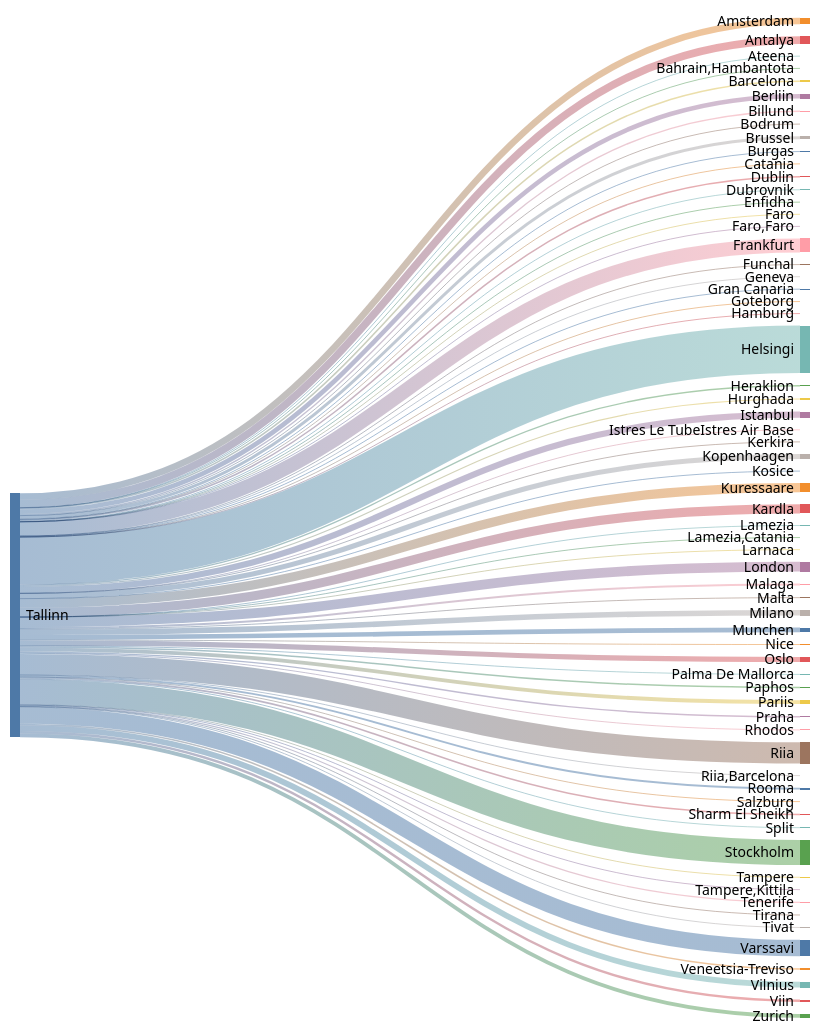
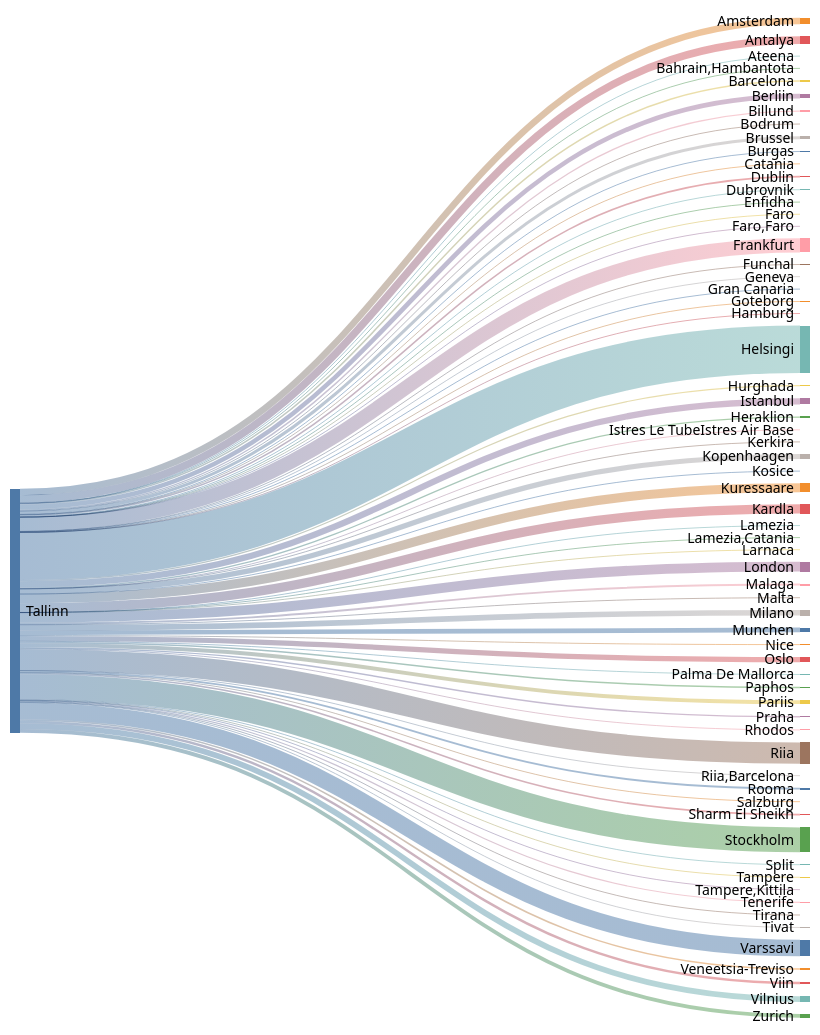
Before and after one commit to rainermesi/tll-airport-departures: the second of 2 diagrams in README.md, drawn with Mermaid (forest theme). The commit also changed other lines of this file, not shown here.

````diff
--- a/README.md
+++ b/README.md
@@ -34,77 +34,77 @@
 ```mermaid
 ---
 config:
   sankey:
     showValues: false
     width: 800
     height: 1000
 ---
 sankey-beta
 %% source,target,value
-Tallinn,Amsterdam,230
+Tallinn,Amsterdam,231
 Tallinn,Antalya,265
 Tallinn,Ateena,16
 Tallinn,"Bahrain,Hambantota",1
 Tallinn,Barcelona,53
 Tallinn,Berliin,163
 Tallinn,Billund,49
 Tallinn,Bodrum,11
-Tallinn,Brussel,106
+Tallinn,Brussel,107
 Tallinn,Burgas,21
 Tallinn,Catania,2
 Tallinn,Dublin,54
 Tallinn,Dubrovnik,21
 Tallinn,Enfidha,7
 Tallinn,Faro,4
 Tallinn,"Faro,Faro",1
-Tallinn,Frankfurt,496
+Tallinn,Frankfurt,498
 Tallinn,Funchal,5
 Tallinn,Geneva,6
 Tallinn,Gran Canaria,26
 Tallinn,Goteborg,1
 Tallinn,Hamburg,1
-Tallinn,Helsingi,1671
+Tallinn,Helsingi,1680
 Tallinn,Heraklion,46
 Tallinn,Hurghada,40
-Tallinn,Istanbul,219
+Tallinn,Istanbul,220
 Tallinn,Istres Le TubeIstres Air Base,2
 Tallinn,Kerkira,4
-Tallinn,Kopenhaagen,181
+Tallinn,Kopenhaagen,182
 Tallinn,Kosice,1
-Tallinn,Kuressaare,323
-Tallinn,Kardla,323
+Tallinn,Kuressaare,325
+Tallinn,Kardla,325
 Tallinn,Lamezia,1
 Tallinn,"Lamezia,Catania",3
 Tallinn,Larnaca,4
-Tallinn,London,346
+Tallinn,London,348
 Tallinn,Malaga,67
 Tallinn,Malta,15
-Tallinn,Milano,199
-Tallinn,Munchen,163
+Tallinn,Milano,200
+Tallinn,Munchen,164
 Tallinn,Nice,25
 Tallinn,Oslo,184
 Tallinn,Palma De Mallorca,19
 Tallinn,Paphos,53
 Tallinn,Pariis,137
 Tallinn,Praha,49
 Tallinn,Rhodos,32
-Tallinn,Riia,747
+Tallinn,Riia,751
 Tallinn,"Riia,Barcelona",1
-Tallinn,Rooma,66
+Tallinn,Rooma,67
 Tallinn,Salzburg,7
 Tallinn,Sharm El Sheikh,57
 Tallinn,Split,25
-Tallinn,Stockholm,879
+Tallinn,Stockholm,881
 Tallinn,Tampere,17
 Tallinn,"Tampere,Kittila",8
 Tallinn,Tenerife,40
 Tallinn,Tirana,8
 Tallinn,Tivat,26
-Tallinn,Varssavi,576
+Tallinn,Varssavi,579
 Tallinn,Veneetsia-Treviso,54
 Tallinn,Viin,86
-Tallinn,Vilnius,203
+Tallinn,Vilnius,204
 Tallinn,Zurich,135
 
 
 ```
````
